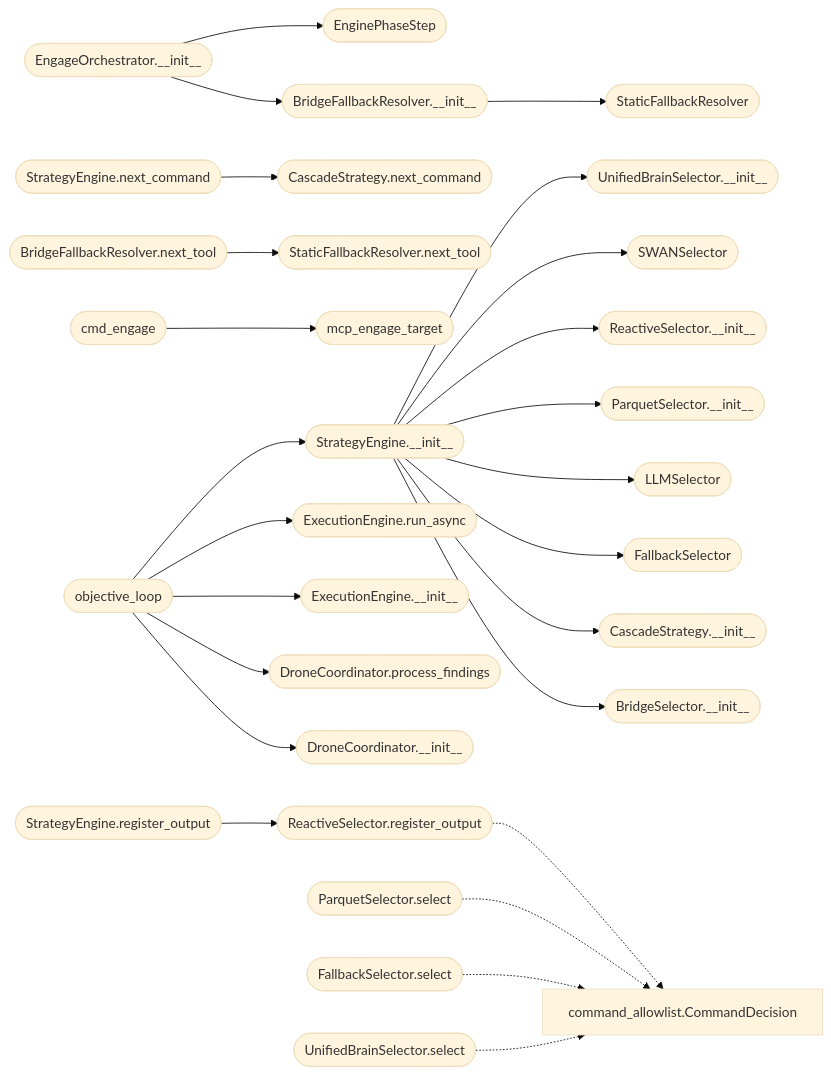
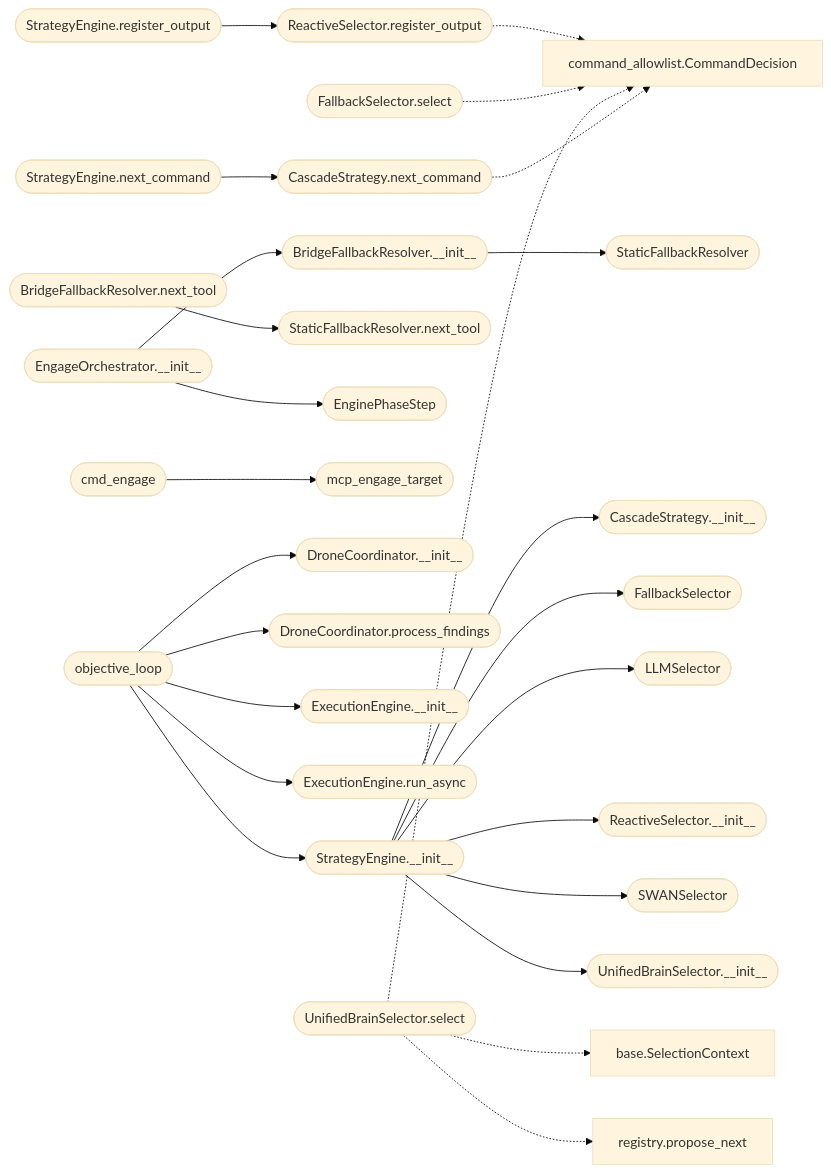
One commit to grisuno/LazyOwn changed the second of 2 diagrams in readmenator-apidocs/modules/skills.autonomous_daemon.py.md. Above: the diagram before and after it, drawn with Mermaid (base theme). The commit also changed other lines of this file and 508 other files, not shown here.

````diff
--- a/readmenator-apidocs/modules/skills.autonomous_daemon.py.md
+++ b/readmenator-apidocs/modules/skills.autonomous_daemon.py.md
@@ -164,57 +160,56 @@
 ```mermaid
 flowchart LR
     n_skills_autonomous_daemon_py__StrategyEngine___init__(["StrategyEngine.__init__"])
-    n_skills_autonomous_daemon_py__BridgeSelector___init__(["BridgeSelector.__init__"])
     n_skills_autonomous_daemon_py__CascadeStrategy___init__(["CascadeStrategy.__init__"])
     n_skills_autonomous_daemon_py__FallbackSelector(["FallbackSelector"])
     n_skills_autonomous_daemon_py__LLMSelector(["LLMSelector"])
-    n_skills_autonomous_daemon_py__ParquetSelector___init__(["ParquetSelector.__init__"])
     n_skills_autonomous_daemon_py__ReactiveSelector___init__(["ReactiveSelector.__init__"])
     n_skills_autonomous_daemon_py__SWANSelector(["SWANSelector"])
     n_skills_autonomous_daemon_py__UnifiedBrainSelector___init__(["UnifiedBrainSelector.__init__"])
     n_skills_autonomous_daemon_py__StrategyEngine_register_output(["StrategyEngine.register_output"])
     n_skills_autonomous_daemon_py__ReactiveSelector_register_output(["ReactiveSelector.register_output"])
     n_skills_autonomous_daemon_py__StrategyEngine_next_command(["StrategyEngine.next_command"])
     n_skills_autonomous_daemon_py__CascadeStrategy_next_command(["CascadeStrategy.next_command"])
     n_skills_autonomous_daemon_py__BridgeFallbackResolver___init__(["BridgeFallbackResolver.__init__"])
     n_skills_autonomous_daemon_py__StaticFallbackResolver(["StaticFallbackResolver"])
     n_skills_autonomous_daemon_py__BridgeFallbackResolver_next_tool(["BridgeFallbackResolver.next_tool"])
     n_skills_autonomous_daemon_py__StaticFallbackResolver_next_tool(["StaticFallbackResolver.next_tool"])
     n_skills_autonomous_daemon_py__EngageOrchestrator___init__(["EngageOrchestrator.__init__"])
     n_skills_autonomous_daemon_py__EnginePhaseStep(["EnginePhaseStep"])
     n_skills_autonomous_daemon_py__cmd_engage(["cmd_engage"])
     n_skills_autonomous_daemon_py__mcp_engage_target(["mcp_engage_target"])
     n_skills_autonomous_daemon_py__objective_loop(["objective_loop"])
     n_skills_autonomous_daemon_py__DroneCoordinator___init__(["DroneCoordinator.__init__"])
     n_skills_autonomous_daemon_py__DroneCoordinator_process_findings(["DroneCoordinator.process_findings"])
     n_skills_autonomous_daemon_py__ExecutionEngine___init__(["ExecutionEngine.__init__"])
     n_skills_autonomous_daemon_py__ExecutionEngine_run_async(["ExecutionEngine.run_async"])
     n_lazyc2_security_command_allowlist_py__CommandDecision["command_allowlist.CommandDecision"]
-    n_skills_autonomous_daemon_py__ParquetSelector_select(["ParquetSelector.select"])
     n_skills_autonomous_daemon_py__FallbackSelector_select(["FallbackSelector.select"])
     n_skills_autonomous_daemon_py__UnifiedBrainSelector_select(["UnifiedBrainSelector.select"])
-    n_skills_autonomous_daemon_py__StrategyEngine___init__ --> n_skills_autonomous_daemon_py__BridgeSelector___init__
+    n_modules_selection_base_py__SelectionContext["base.SelectionContext"]
+    n_modules_selection_registry_py__propose_next["registry.propose_next"]
     n_skills_autonomous_daemon_py__StrategyEngine___init__ --> n_skills_autonomous_daemon_py__CascadeStrategy___init__
     n_skills_autonomous_daemon_py__StrategyEngine___init__ --> n_skills_autonomous_daemon_py__FallbackSelector
     n_skills_autonomous_daemon_py__StrategyEngine___init__ --> n_skills_autonomous_daemon_py__LLMSelector
-    n_skills_autonomous_daemon_py__StrategyEngine___init__ --> n_skills_autonomous_daemon_py__ParquetSelector___init__
     n_skills_autonomous_daemon_py__StrategyEngine___init__ --> n_skills_autonomous_daemon_py__ReactiveSelector___init__
     n_skills_autonomous_daemon_py__StrategyEngine___init__ --> n_skills_autonomous_daemon_py__SWANSelector
     n_skills_autonomous_daemon_py__StrategyEngine___init__ --> n_skills_autonomous_daemon_py__UnifiedBrainSelector___init__
     n_skills_autonomous_daemon_py__StrategyEngine_register_output --> n_skills_autonomous_daemon_py__ReactiveSelector_register_output
     n_skills_autonomous_daemon_py__StrategyEngine_next_command --> n_skills_autonomous_daemon_py__CascadeStrategy_next_command
     n_skills_autonomous_daemon_py__BridgeFallbackResolver___init__ --> n_skills_autonomous_daemon_py__StaticFallbackResolver
     n_skills_autonomous_daemon_py__BridgeFallbackResolver_next_tool --> n_skills_autonomous_daemon_py__StaticFallbackResolver_next_tool
     n_skills_autonomous_daemon_py__EngageOrchestrator___init__ --> n_skills_autonomous_daemon_py__BridgeFallbackResolver___init__
     n_skills_autonomous_daemon_py__EngageOrchestrator___init__ --> n_skills_autonomous_daemon_py__EnginePhaseStep
     n_skills_autonomous_daemon_py__cmd_engage --> n_skills_autonomous_daemon_py__mcp_engage_target
     n_skills_autonomous_daemon_py__objective_loop --> n_skills_autonomous_daemon_py__DroneCoordinator___init__
     n_skills_autonomous_daemon_py__objective_loop --> n_skills_autonomous_daemon_py__DroneCoordinator_process_findings
     n_skills_autonomous_daemon_py__objective_loop --> n_skills_autonomous_daemon_py__ExecutionEngine___init__
     n_skills_autonomous_daemon_py__objective_loop --> n_skills_autonomous_daemon_py__ExecutionEngine_run_async
     n_skills_autonomous_daemon_py__objective_loop --> n_skills_autonomous_daemon_py__StrategyEngine___init__
     n_skills_autonomous_daemon_py__ReactiveSelector_register_output -.-> n_lazyc2_security_command_allowlist_py__CommandDecision
-    n_skills_autonomous_daemon_py__ParquetSelector_select -.-> n_lazyc2_security_command_allowlist_py__CommandDecision
     n_skills_autonomous_daemon_py__FallbackSelector_select -.-> n_lazyc2_security_command_allowlist_py__CommandDecision
     n_skills_autonomous_daemon_py__UnifiedBrainSelector_select -.-> n_lazyc2_security_command_allowlist_py__CommandDecision
+    n_skills_autonomous_daemon_py__UnifiedBrainSelector_select -.-> n_modules_selection_base_py__SelectionContext
+    n_skills_autonomous_daemon_py__UnifiedBrainSelector_select -.-> n_modules_selection_registry_py__propose_next
+    n_skills_autonomous_daemon_py__CascadeStrategy_next_command -.-> n_lazyc2_security_command_allowlist_py__CommandDecision
 ```
````
